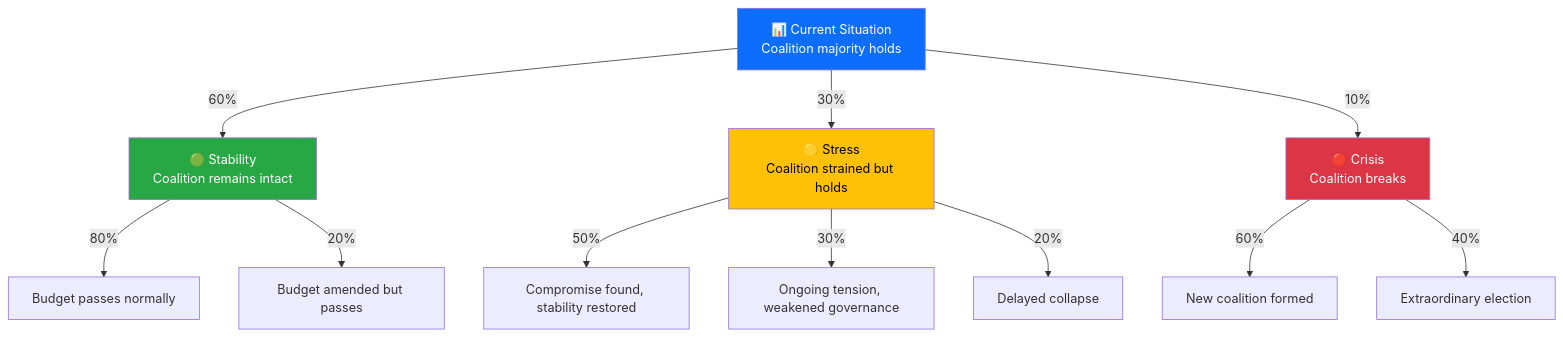
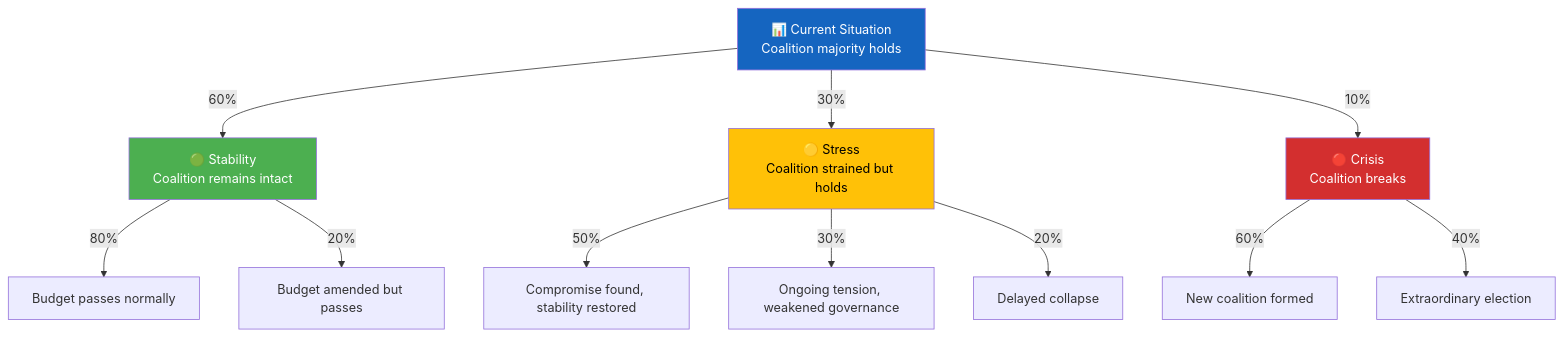
Before and after one commit to Hack23/riksdagsmonitor: the sixth of 7 diagrams in analysis/methodologies/political-risk-methodology.md, drawn with Mermaid. The commit also changed other lines of this file and 14 other files, not shown here.

First line of the commit message:
Align analysis/ mermaid diagrams with ISMS Style Guide palette and convert SWOT to quadrantChart

````diff
--- a/analysis/methodologies/political-risk-methodology.md
+++ b/analysis/methodologies/political-risk-methodology.md
@@ -405,22 +405,22 @@
 ```mermaid
 flowchart TD
     START["📊 Current Situation<br/>Coalition majority holds"]
     START -->|"60%"| A["🟢 Stability<br/>Coalition remains intact"]
     START -->|"30%"| B["🟡 Stress<br/>Coalition strained but holds"]
     START -->|"10%"| C["🔴 Crisis<br/>Coalition breaks"]
 
     A -->|"80%"| A1["Budget passes normally"]
     A -->|"20%"| A2["Budget amended but passes"]
 
     B -->|"50%"| B1["Compromise found, stability restored"]
     B -->|"30%"| B2["Ongoing tension, weakened governance"]
     B -->|"20%"| B3["Delayed collapse"]
 
     C -->|"60%"| C1["New coalition formed"]
     C -->|"40%"| C2["Extraordinary election"]
 
-    style START fill:#0d6efd,color:#fff
-    style A fill:#28a745,color:#fff
-    style B fill:#ffc107,color:#000
-    style C fill:#dc3545,color:#fff
+    style START fill:#1565C0,color:#FFFFFF
+    style A fill:#4CAF50,color:#FFFFFF
+    style B fill:#FFC107,color:#000000
+    style C fill:#D32F2F,color:#FFFFFF
 ```
````
